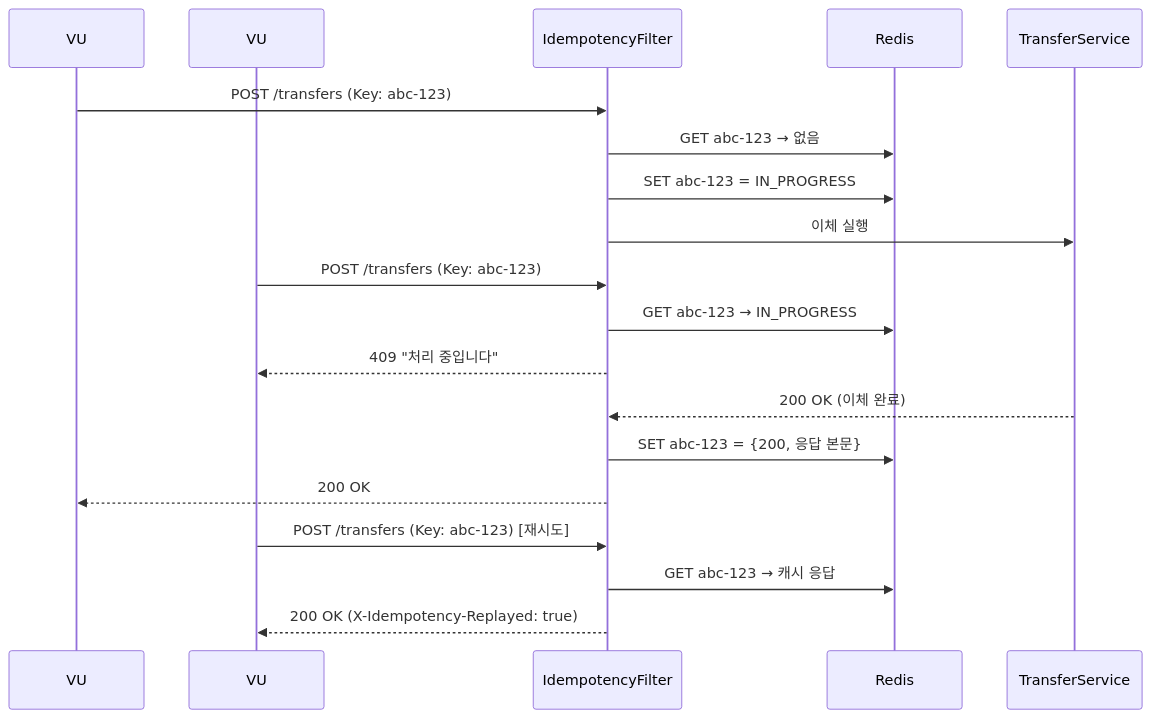
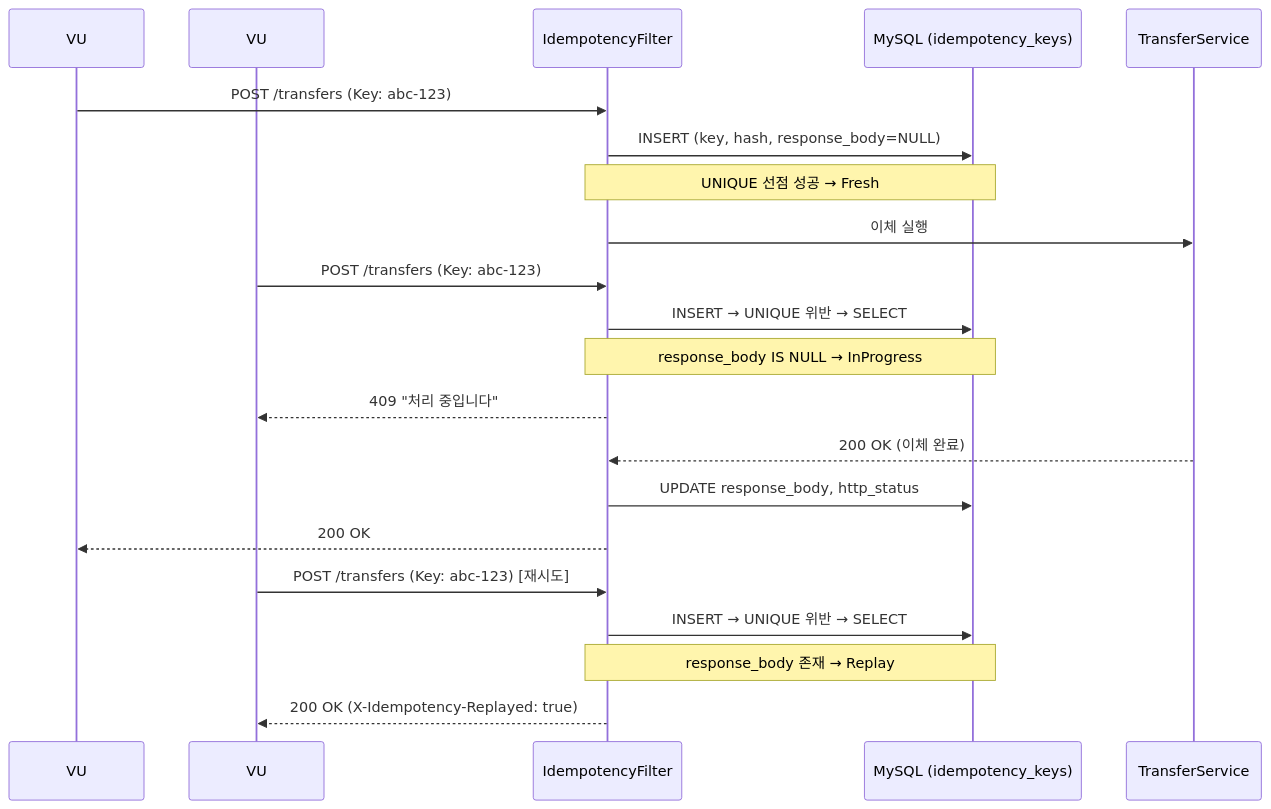
Before and after one commit to jung32111/concurrent-banking-api: the fifth of 5 diagrams in docs/loadtest/README.md, drawn with Mermaid. The commit also changed 22 other files, not shown here.

````diff
--- a/docs/loadtest/README.md
+++ b/docs/loadtest/README.md
@@ -165,22 +165,24 @@
 ```mermaid
 sequenceDiagram
     participant C1 as VU #1 (최초)
     participant C2 as VU #2~20 (중복)
     participant F as IdempotencyFilter
-    participant R as Redis
+    participant DB as MySQL (idempotency_keys)
     participant S as TransferService
 
     C1->>F: POST /transfers (Key: abc-123)
-    F->>R: GET abc-123 → 없음
-    F->>R: SET abc-123 = IN_PROGRESS
+    F->>DB: INSERT (key, hash, response_body=NULL)
+    Note over F,DB: UNIQUE 선점 성공 → Fresh
     F->>S: 이체 실행
     C2->>F: POST /transfers (Key: abc-123)
-    F->>R: GET abc-123 → IN_PROGRESS
+    F->>DB: INSERT → UNIQUE 위반 → SELECT
+    Note over F,DB: response_body IS NULL → InProgress
     F-->>C2: 409 "처리 중입니다"
     S-->>F: 200 OK (이체 완료)
-    F->>R: SET abc-123 = {200, 응답 본문}
+    F->>DB: UPDATE response_body, http_status
     F-->>C1: 200 OK
     C2->>F: POST /transfers (Key: abc-123) [재시도]
-    F->>R: GET abc-123 → 캐시 응답
+    F->>DB: INSERT → UNIQUE 위반 → SELECT
+    Note over F,DB: response_body 존재 → Replay
     F-->>C2: 200 OK (X-Idempotency-Replayed: true)
 ```
````
